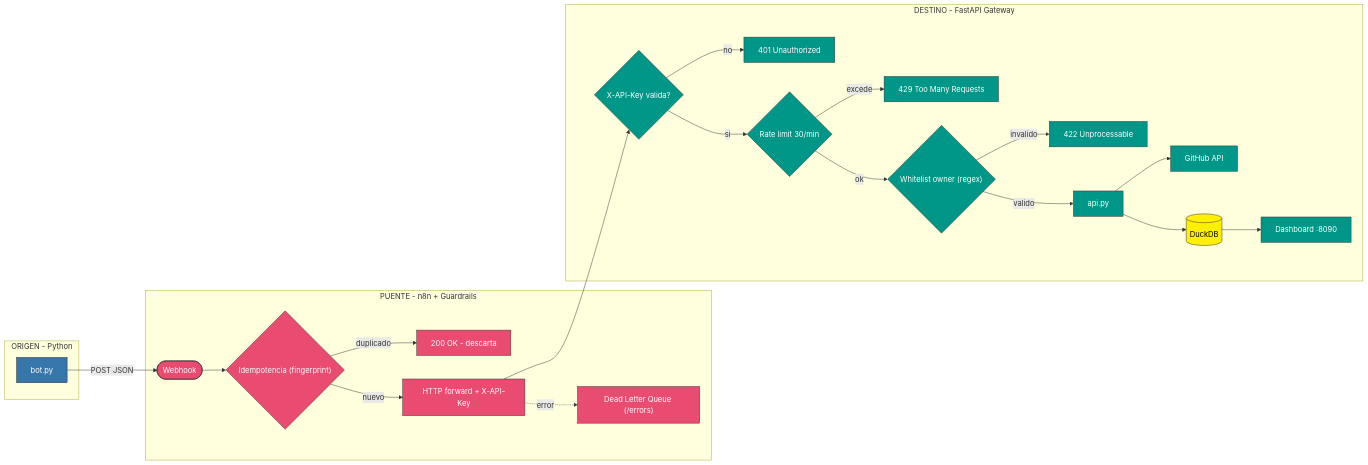
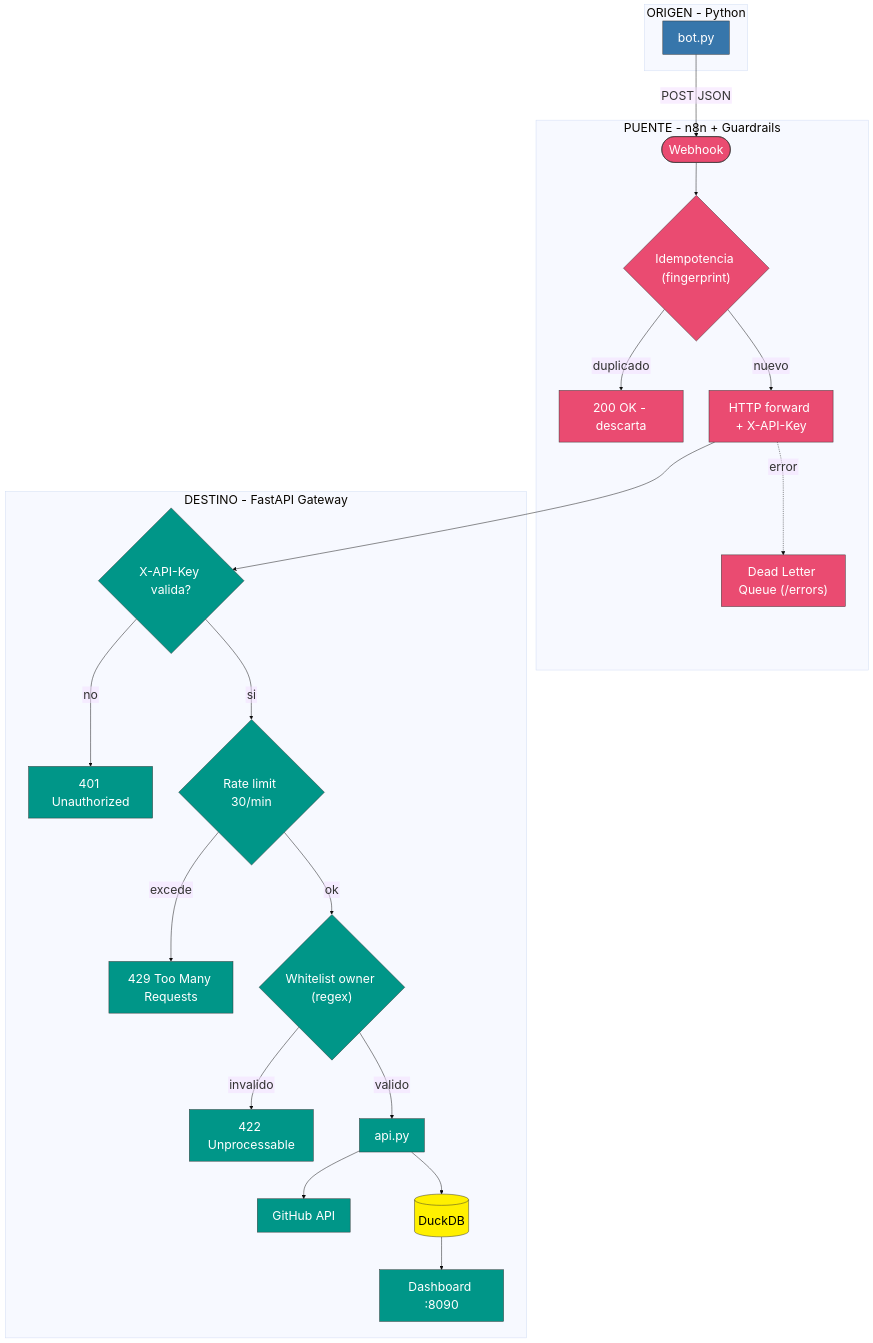
One commit to vladimiracunadev-create/social-bot-scheduler changed the first of 2 diagrams in cases/09-python-to-gateway/ARCHITECTURE.md. Above: the diagram before and after it, drawn with Mermaid. The commit also changed other lines of this file and 8 other files, not shown here.

First line of the commit message:
style(diagrams): mejora legibilidad — fuente grande + flujo vertical

````diff
--- a/cases/09-python-to-gateway/ARCHITECTURE.md
+++ b/cases/09-python-to-gateway/ARCHITECTURE.md
@@ -29,37 +29,38 @@
 ```mermaid
-flowchart LR
+%%{init: {'theme':'base','themeVariables':{'fontSize':'26px','fontFamily':'Segoe UI, Arial, sans-serif'},'flowchart':{'useMaxWidth':true,'htmlLabels':false,'nodeSpacing':55,'rankSpacing':70,'padding':16,'diagramPadding':16}}}%%
+flowchart TB
     subgraph ORIGIN["ORIGEN - Python"]
         B["bot.py"]
     end
 
     subgraph BRIDGE["PUENTE - n8n + Guardrails"]
         C(["Webhook"]) --> IDEM{"Idempotencia (fingerprint)"}
         IDEM -->|duplicado| DISCARD["200 OK - descarta"]
         IDEM -->|nuevo| FWD["HTTP forward + X-API-Key"]
         FWD -.->|error| DLQ["Dead Letter Queue (/errors)"]
     end
 
     subgraph DEST["DESTINO - FastAPI Gateway"]
         FWD --> AUTH{"X-API-Key valida?"}
         AUTH -->|no| E401["401 Unauthorized"]
         AUTH -->|si| RL{"Rate limit 30/min"}
         RL -->|excede| E429["429 Too Many Requests"]
         RL -->|ok| WL{"Whitelist owner (regex)"}
         WL -->|invalido| E422["422 Unprocessable"]
         WL -->|valido| API["api.py"]
         API --> GH["GitHub API"]
         API --> DB[("DuckDB")]
         DB --> DASH["Dashboard :8090"]
     end
 
     B -->|POST JSON| C
 
     classDef origin fill:#3776AB,stroke:#333,color:#fff
     classDef bridge fill:#EA4B71,stroke:#333,color:#fff
     classDef dest fill:#009688,stroke:#333,color:#fff
     classDef db fill:#FFF000,stroke:#333,color:#000
     class B origin
     class C,IDEM,FWD,DLQ,DISCARD bridge
     class AUTH,RL,WL,API,DASH,E401,E429,E422,GH dest
     class DB db
 ```
````
